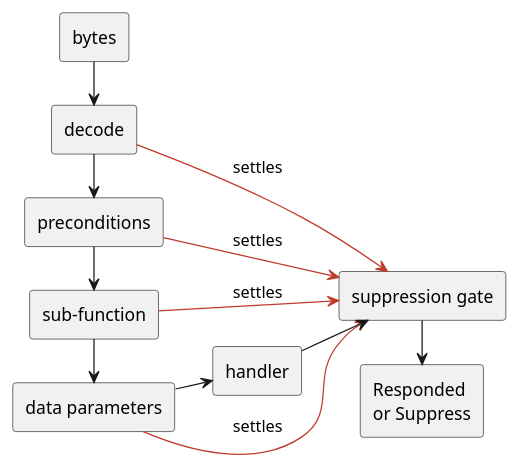
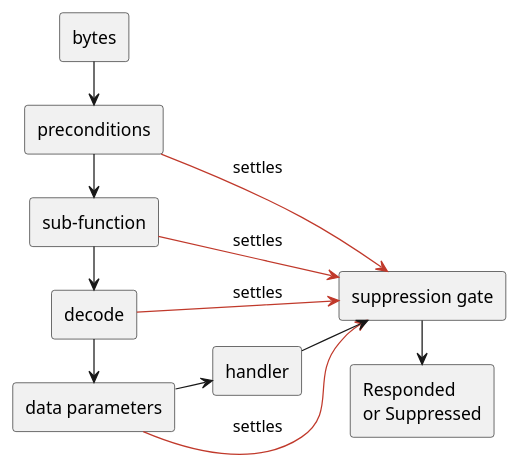
Before and after one commit to luminartech/uds_stack: the first of 3 diagrams in docs/architecture/dispatch.rst, drawn with PlantUML. The commit also changed other lines of this file and 68 other files, not shown here.

```diff
--- a/docs/architecture/dispatch.rst
+++ b/docs/architecture/dispatch.rst
@@ -26,26 +26,26 @@
    .. uml::
       :align: center
 
       @startuml
       left to right direction
       rectangle "bytes" as B
-      rectangle "decode" as D
       rectangle "preconditions" as P
       rectangle "sub-function" as SF
+      rectangle "decode" as D
       rectangle "data parameters" as DP
       rectangle "handler" as H
       rectangle "suppression gate" as G
-      rectangle "Responded\nor Suppress" as O
+      rectangle "Responded\nor Suppressed" as O
 
-      B -> D
-      D -> P
+      B -> P
       P -> SF
-      SF -> DP
+      SF -> D
+      D -> DP
       DP -> H
       D -[#C0392B]-> G : settles
       P -[#C0392B]-> G : settles
       SF -[#C0392B]-> G : settles
       DP -[#C0392B]-> G : settles
       H -> G
       G -> O
       @enduml
```
